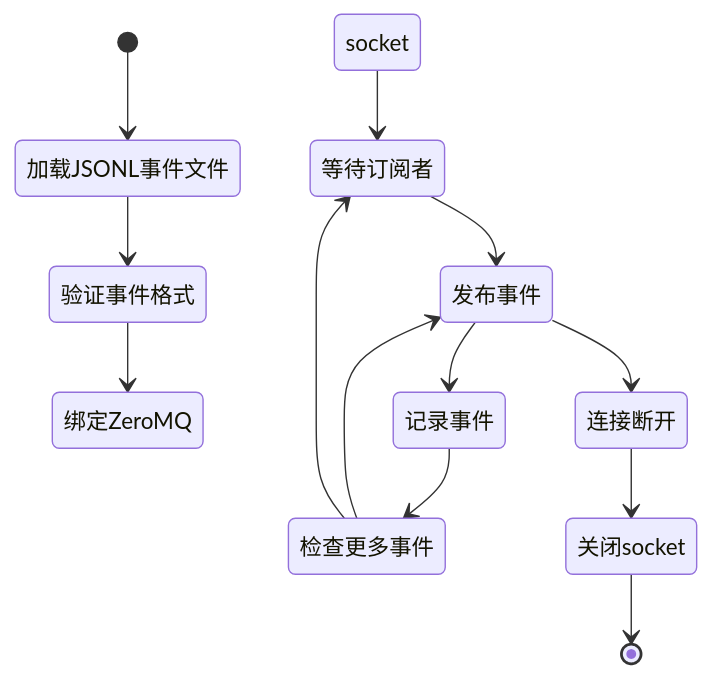
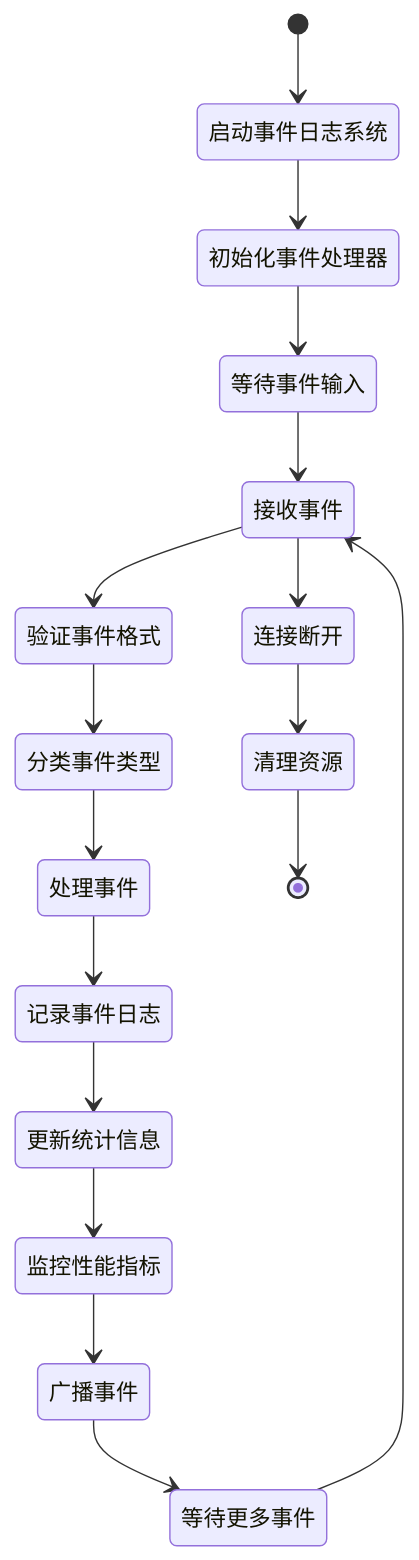
Before and after one commit to 1024dashen/Vue3Speech: diagram 19 of 22 in .qoder/repowiki/zh/content/后端服务架构/WebSocket实时处理.md, drawn with Mermaid. The commit also changed other lines of this file and 13 other files, not shown here.

````diff
--- a/.qoder/repowiki/zh/content/后端服务架构/WebSocket实时处理.md
+++ b/.qoder/repowiki/zh/content/后端服务架构/WebSocket实时处理.md
@@ -995,15 +1129,19 @@
 ```mermaid
 stateDiagram-v2
-[*] --> 加载JSONL事件文件
-加载JSONL事件文件 --> 验证事件格式
-验证事件格式 --> 绑定ZeroMQ socket
-绑定ZeroMQ socket --> 等待订阅者
-等待订阅者 --> 发布事件
-发布事件 --> 记录事件
-记录事件 --> 检查更多事件
-检查更多事件 --> 发布事件
-检查更多事件 --> 等待订阅者
-发布事件 --> 连接断开
-连接断开 --> 关闭socket
-关闭socket --> [*]
+[*] --> 启动事件日志系统
+启动事件日志系统 --> 初始化事件处理器
+初始化事件处理器 --> 等待事件输入
+等待事件输入 --> 接收事件
+接收事件 --> 验证事件格式
+验证事件格式 --> 分类事件类型
+分类事件类型 --> 处理事件
+处理事件 --> 记录事件日志
+记录事件日志 --> 更新统计信息
+更新统计信息 --> 监控性能指标
+监控性能指标 --> 广播事件
+广播事件 --> 等待更多事件
+等待更多事件 --> 接收事件
+接收事件 --> 连接断开
+连接断开 --> 清理资源
+清理资源 --> [*]
 ```
````
